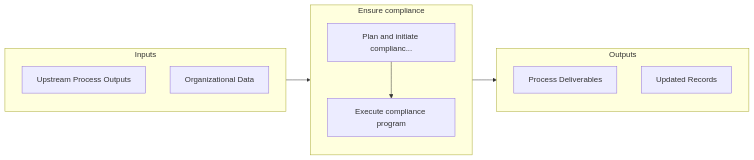
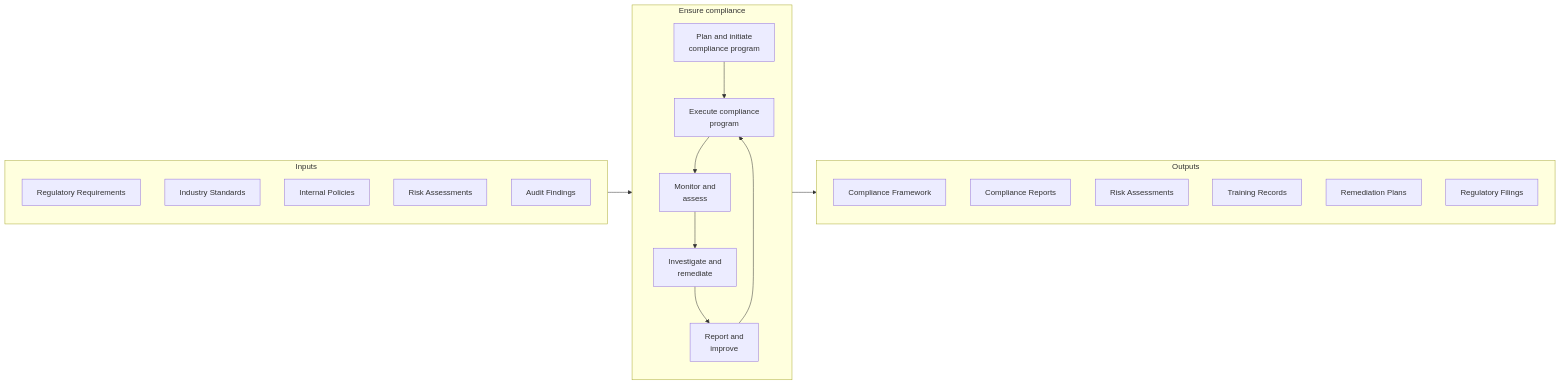
The second of 5 diagrams in processes/12-External/12.4-ManageLegalEthicalIssues/12.4.4-EnsureCompliance/index.mdx (kziemski/business.org.ai), drawn with Mermaid before and after one commit. The commit also changed other lines of this file and 67 other files, not shown here.

First line of the commit message:
feat: enrich thin process and industry files

````diff
--- a/processes/12-External/12.4-ManageLegalEthicalIssues/12.4.4-EnsureCompliance/index.mdx
+++ b/processes/12-External/12.4-ManageLegalEthicalIssues/12.4.4-EnsureCompliance/index.mdx
@@ -60,20 +77,35 @@
 ```mermaid
 flowchart LR
     subgraph Inputs["Inputs"]
-        I1["Upstream Process Outputs"]
-        I2["Organizational Data"]
+        I1["Regulatory Requirements"]
+        I2["Industry Standards"]
+        I3["Internal Policies"]
+        I4["Risk Assessments"]
+        I5["Audit Findings"]
     end
 
     subgraph Process["Ensure compliance"]
-        S1["Plan and initiate complianc..."]
-        S2["Execute compliance program"]
+        S1["Plan and initiate<br/>compliance program"]
+        S2["Execute compliance<br/>program"]
+        S3["Monitor and<br/>assess"]
+        S4["Investigate and<br/>remediate"]
+        S5["Report and<br/>improve"]
+
+        S1 --> S2
+        S2 --> S3
+        S3 --> S4
+        S4 --> S5
+        S5 --> S2
     end
 
     subgraph Outputs["Outputs"]
-        O1["Process Deliverables"]
-        O2["Updated Records"]
+        O1["Compliance Framework"]
+        O2["Compliance Reports"]
+        O3["Risk Assessments"]
+        O4["Training Records"]
+        O5["Remediation Plans"]
+        O6["Regulatory Filings"]
     end
 
     Inputs --> Process --> Outputs
-    S1 --> S2
 ```
````
